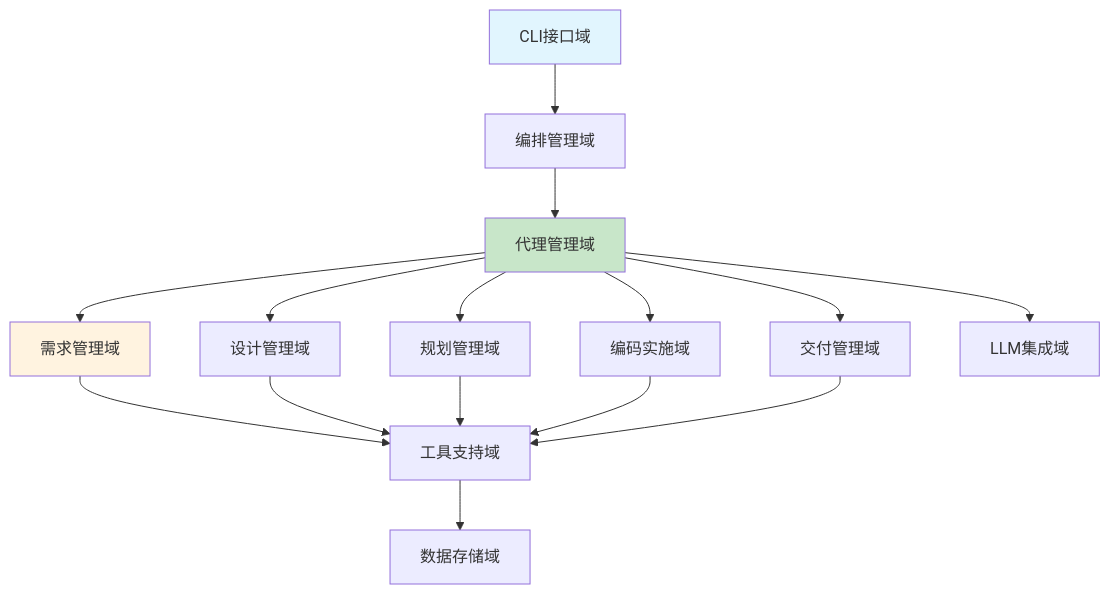
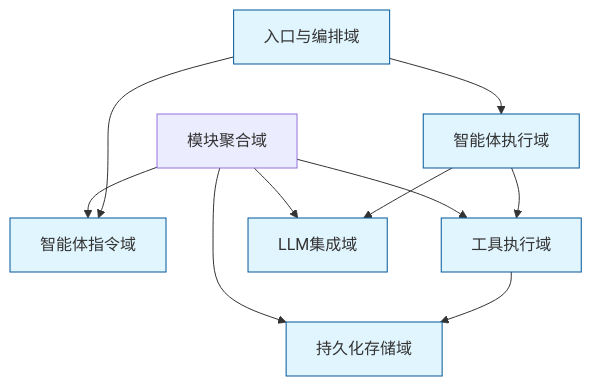
Before and after one commit to sopaco/cowork-forge: the fourth of 11 diagrams in litho.docs/zh/2、架构概览.md, drawn with Mermaid. The commit also changed other lines of this file and 34 other files, not shown here.

````diff
--- a/litho.docs/zh/2、架构概览.md
+++ b/litho.docs/zh/2、架构概览.md
@@ -86,24 +115,16 @@
 ```mermaid
 graph TB
-    CLI[CLI接口域] --> ORCH[编排管理域]
-    ORCH --> AGENT[代理管理域]
+    A[入口与编排域] --> B[智能体指令域]
+    A --> C[智能体执行域]
+    C --> D[工具执行域]
+    C --> E[LLM集成域]
+    D --> F[持久化存储域]
     
-    AGENT --> REQ[需求管理域]
-    AGENT --> DESIGN[设计管理域]
-    AGENT --> PLAN[规划管理域]
-    AGENT --> CODE[编码实施域]
-    AGENT --> DELIV[交付管理域]
+    G[模块聚合域] --> B
+    G --> D
+    G --> E
+    G --> F
     
-    REQ --> TOOLS[工具支持域]
-    DESIGN --> TOOLS
-    PLAN --> TOOLS
-    CODE --> TOOLS
-    DELIV --> TOOLS
-    
-    TOOLS --> STORAGE[数据存储域]
-    AGENT --> LLM[LLM集成域]
-    
-    style CLI fill:#e1f5fe
-    style AGENT fill:#c8e6c9
-    style REQ fill:#fff3e0
+    classDef domain fill:#e1f5fe,stroke:#01579b
+    class A,B,C,D,E,F domain
 ```
````
